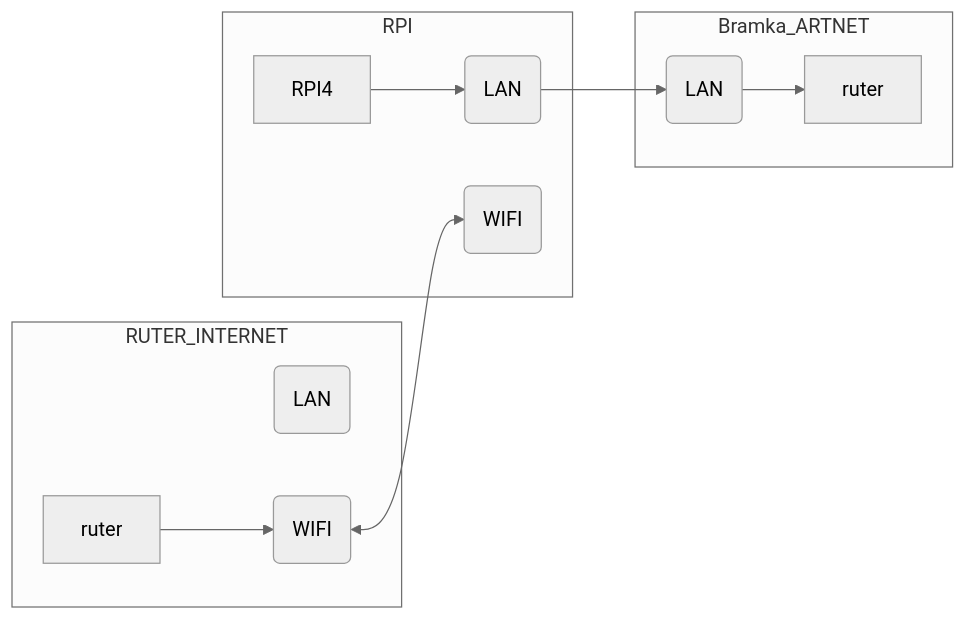
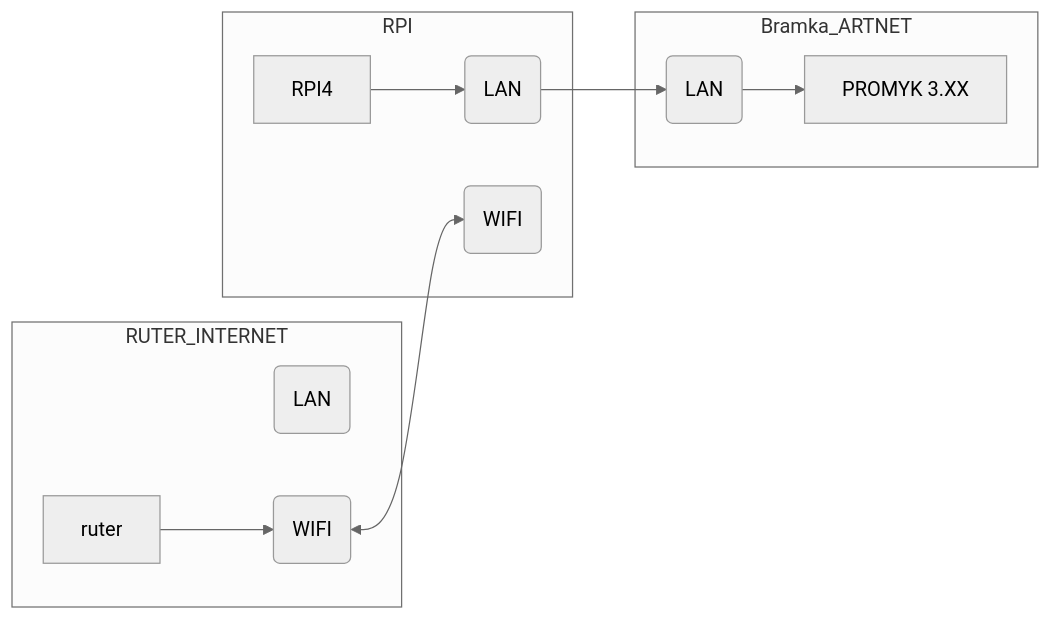
The first of 2 diagrams in _posts/2025-09-30-Rpi4_qlcplus.md (wklteam64/wklteam64.github.io), drawn with Mermaid (neutral theme) before and after one commit. The commit also changed other lines of this file, not shown here.

````diff
--- a/_posts/2025-09-30-Rpi4_qlcplus.md
+++ b/_posts/2025-09-30-Rpi4_qlcplus.md
@@ -13,28 +13,28 @@
 ``` mermaid
 flowchart LR
 subgraph RPI
 A[RPI4]
 L(LAN)
 W(WIFI)
 end
 
 subgraph RUTER_INTERNET
 R[ruter]
 LR(LAN)
 WR(WIFI)
 end
 
 subgraph Bramka_ARTNET
-BR[ruter]
+BR[PROMYK 3.XX]
 LB(LAN)
 end
 
 A-->L
 L-->LB
 LB-->BR
 
 R-->WR
 WR<-->W
 
 
 ```
````
